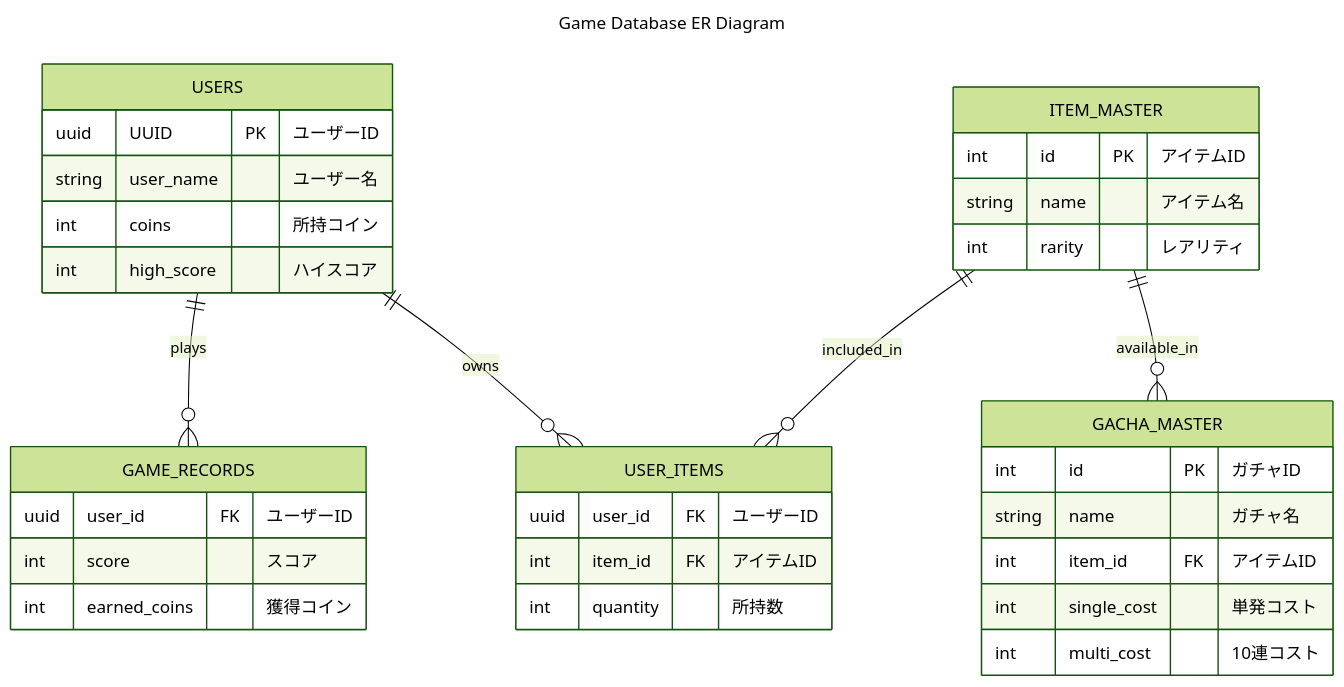
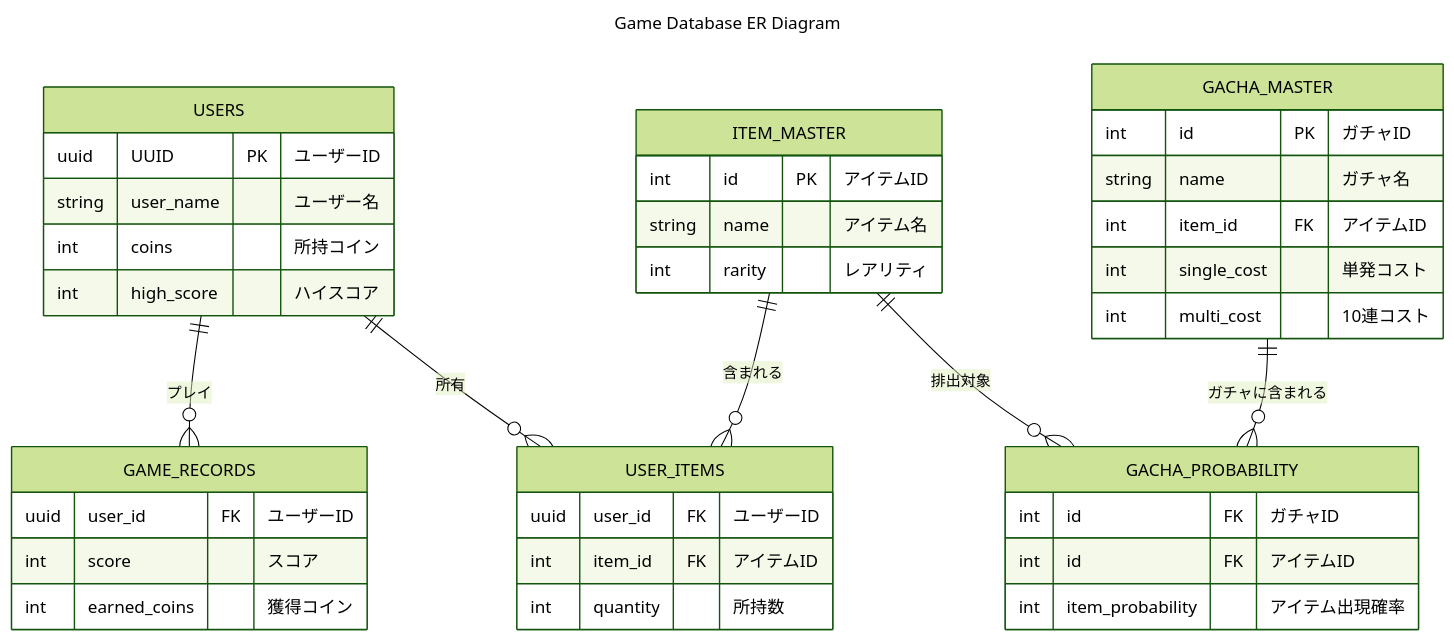
The diagram in databaseErGrapth.md (subarunrun0812/42_roadToCyberagent), drawn with Mermaid (forest theme) before and after one commit. The commit also changed 3 other files, not shown here.

````diff
--- a/databaseErGrapth.md
+++ b/databaseErGrapth.md
@@ -1,43 +1,50 @@
 ```mermaid
 ---
 title: Game Database ER Diagram
 ---
 erDiagram
-    USERS ||--o{ GAME_RECORDS : "plays"
-    USERS ||--o{ USER_ITEMS : "owns"
-    ITEM_MASTER ||--o{ USER_ITEMS : "included_in"
-    ITEM_MASTER ||--o{ GACHA_MASTER : "available_in"
+
+    USERS ||--o{ GAME_RECORDS : "プレイ"
+    USERS ||--o{ USER_ITEMS : "所有"
+    ITEM_MASTER ||--o{ USER_ITEMS : "含まれる"
+    GACHA_MASTER ||--o{ GACHA_PROBABILITY : "ガチャに含まれる"
+    ITEM_MASTER ||--o{ GACHA_PROBABILITY : "排出対象"
     
     USERS {
         uuid UUID PK "ユーザーID"
         string user_name "ユーザー名"
         int coins "所持コイン"
         int high_score "ハイスコア"
     }
 
     GAME_RECORDS {
         uuid user_id FK "ユーザーID"
         int score "スコア"
         int earned_coins "獲得コイン"
     }
 
     USER_ITEMS {
         uuid user_id FK "ユーザーID"
         int item_id FK "アイテムID"
         int quantity "所持数"
     }
 
     ITEM_MASTER {
         int id PK "アイテムID"
         string name "アイテム名"
         int rarity "レアリティ"
     }
 
     GACHA_MASTER {
         int id PK "ガチャID"
         string name "ガチャ名"
         int item_id FK "アイテムID"
         int single_cost "単発コスト"
         int multi_cost "10連コスト"
     }
+    GACHA_PROBABILITY {
+        int id FK "ガチャID"
+        int id FK "アイテムID"
+        int item_probability "アイテム出現確率"
+    }
 ```
````
